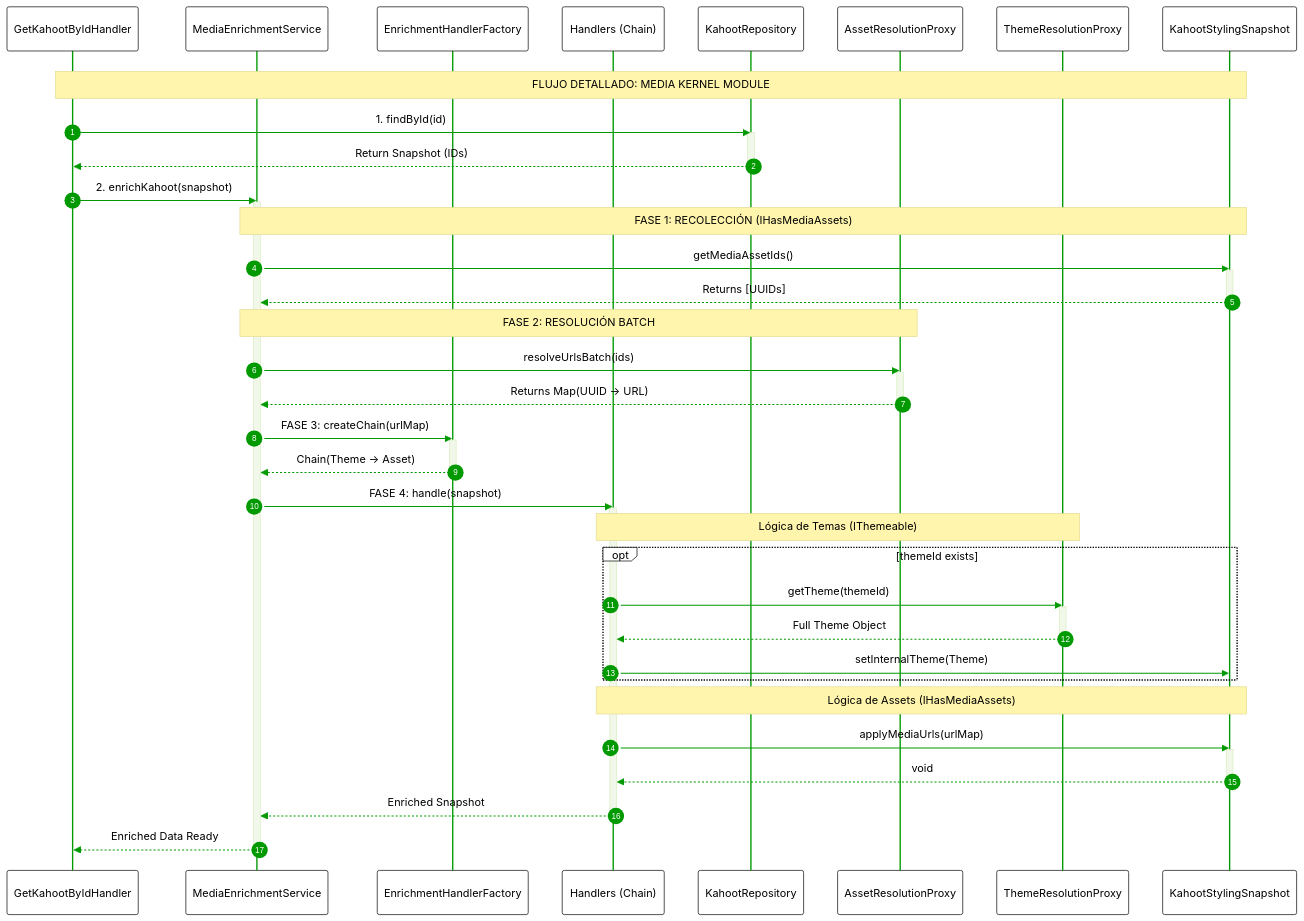
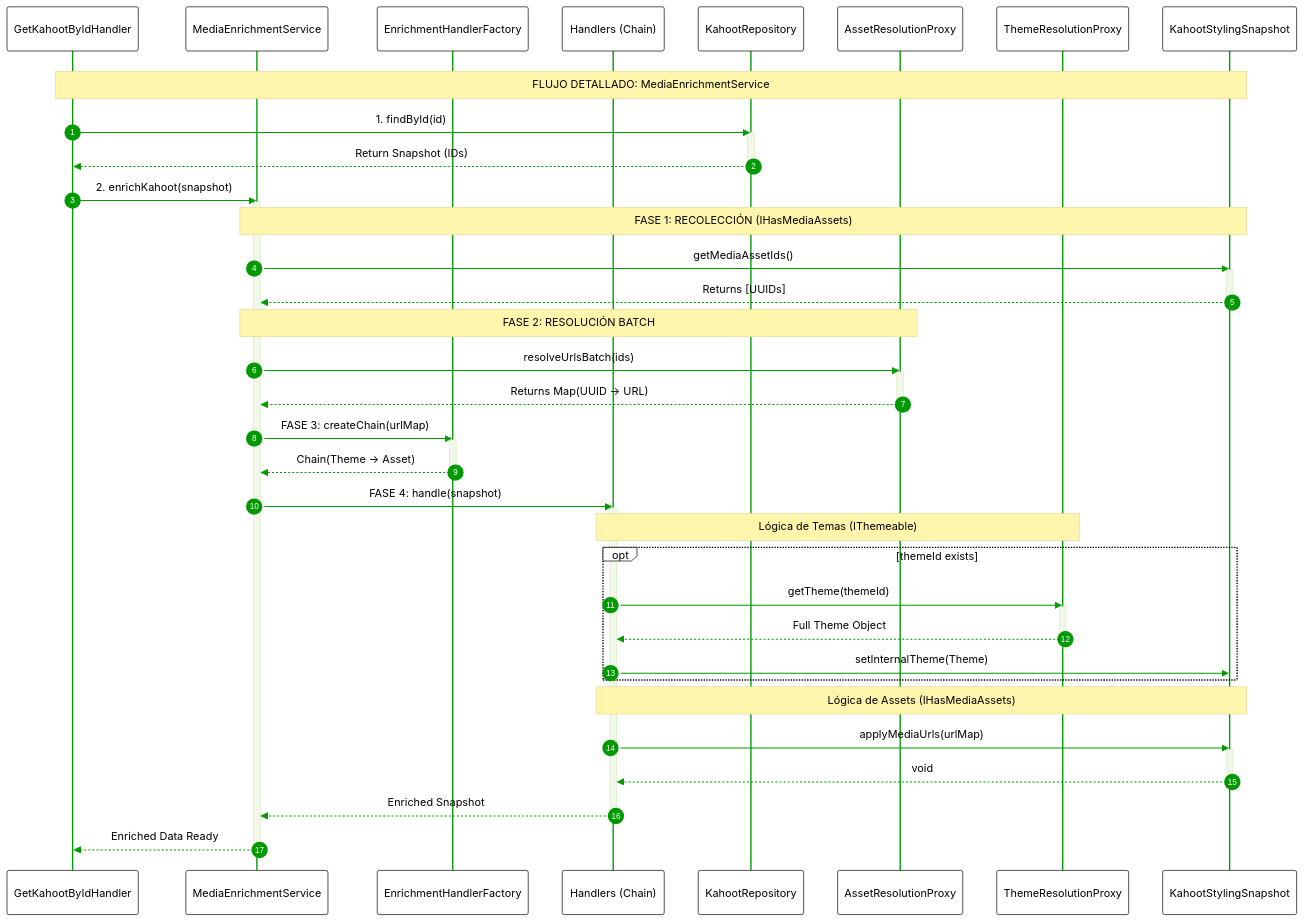
One commit to Franku03/quizzy-backend changed the fourth of 4 diagrams in README.md. Above: the diagram before and after it, drawn with Mermaid. The commit also changed other lines of this file, not shown here.

Commit message:
Update README to reflect service name changes

```diff
--- a/README.md
+++ b/README.md
@@ -639,7 +639,7 @@
     participant Snapshot as KahootStylingSnapshot
 
     rect rgb(255, 255, 255)
-        Note over Handler, Snapshot: FLUJO DETALLADO: MEDIA KERNEL MODULE
+        Note over Handler, Snapshot: FLUJO DETALLADO: MediaEnrichmentService
         
         Handler->>Repo: 1. findById(id)
         activate Repo
```
